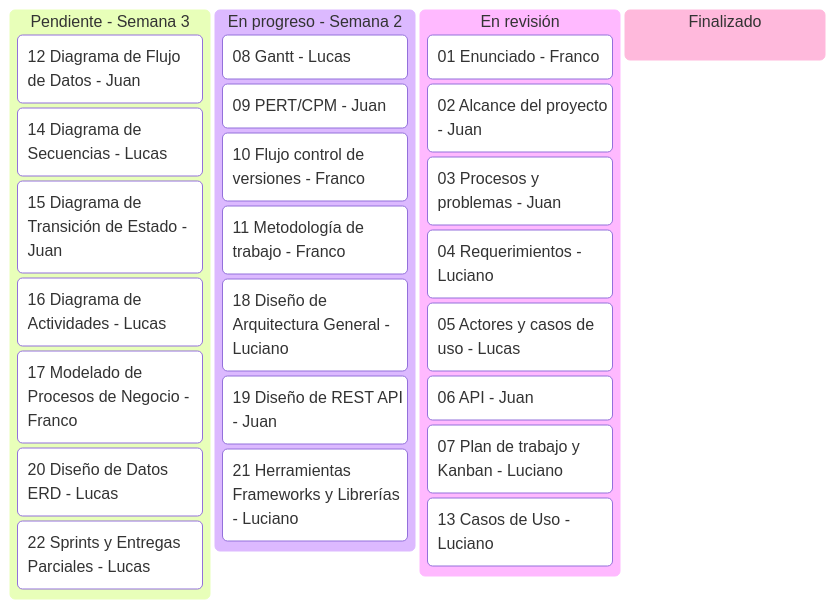
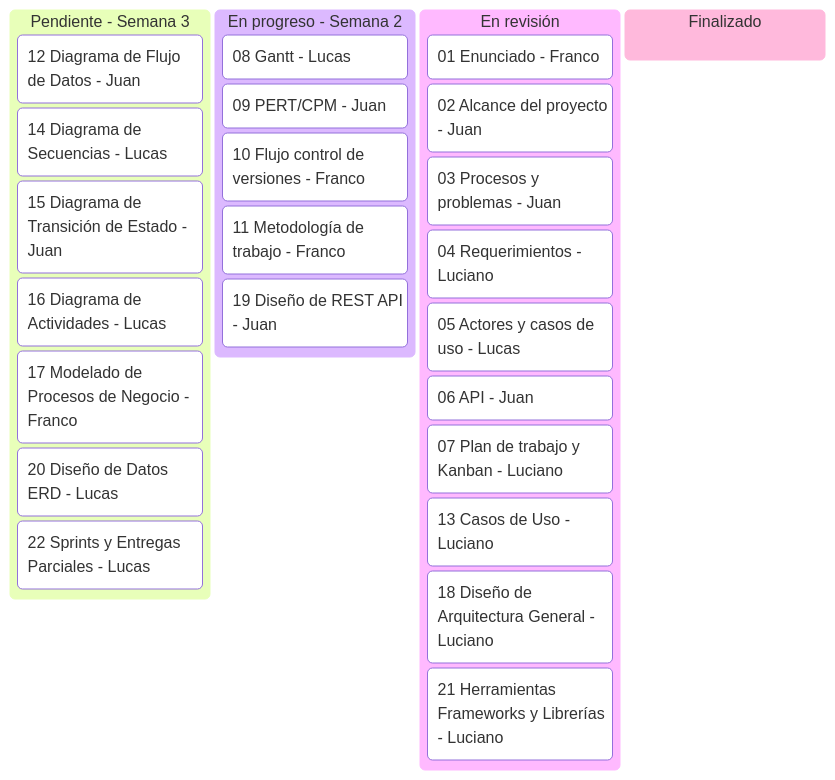
One commit to lucho-peralta/gestionTickets changed the diagram in documentacion/07_plan_de_trabajo_y_Kanban.md. Above: the diagram before and after it, drawn with Mermaid. The commit also changed other lines of this file and 1 other file, not shown here.

````diff
--- a/documentacion/07_plan_de_trabajo_y_Kanban.md
+++ b/documentacion/07_plan_de_trabajo_y_Kanban.md
@@ -74,29 +74,29 @@
 ```mermaid
 kanban
   Pendiente[Pendiente - Semana 3]
     s3a[12 Diagrama de Flujo de Datos - Juan]
     s3c[14 Diagrama de Secuencias - Lucas]
     s3d[15 Diagrama de Transición de Estado - Juan]
     s3e[16 Diagrama de Actividades - Lucas]
     s3f[17 Modelado de Procesos de Negocio - Franco]
     s4c[20 Diseño de Datos ERD - Lucas]
     s4e[22 Sprints y Entregas Parciales - Lucas]
   En_progreso[En progreso - Semana 2]
     s2b[08 Gantt - Lucas]
     s2c[09 PERT/CPM - Juan]
     s2d[10 Flujo control de versiones - Franco]
     s2e[11 Metodología de trabajo - Franco]
-    s4a[18 Diseño de Arquitectura General - Luciano]
     s4b[19 Diseño de REST API - Juan]
-    s4d[21 Herramientas Frameworks y Librerías - Luciano]
   En_revision[En revisión]
     s1a[01 Enunciado - Franco]
     s1b[02 Alcance del proyecto - Juan]
     s1c[03 Procesos y problemas - Juan]
     s1d[04 Requerimientos - Luciano]
     s1e[05 Actores y casos de uso - Lucas]
     s1f[06 API - Juan]
     s2a[07 Plan de trabajo y Kanban - Luciano]
     s3b[13 Casos de Uso - Luciano]
+    s4a[18 Diseño de Arquitectura General - Luciano]
+    s4d[21 Herramientas Frameworks y Librerías - Luciano]
   Finalizado[Finalizado]
 ```
````
